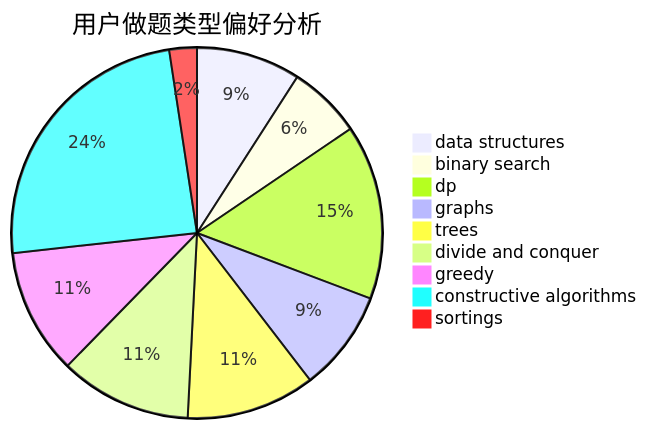
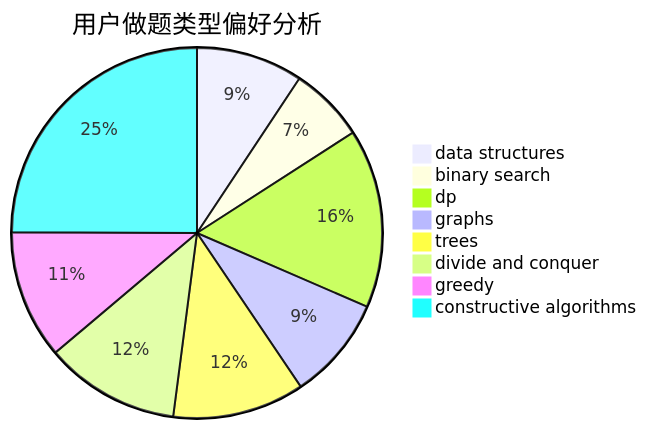
One commit to sherpahu/cfrs.github.io changed the second of 3 diagrams in docs/user/u1520.md. Above: the diagram before and after it, drawn with Mermaid. The commit also changed other lines of this file and 2769 other files, not shown here.

````diff
--- a/docs/user/u1520.md
+++ b/docs/user/u1520.md
@@ -18,12 +18,11 @@
 ```mermaid
 pie title 用户做题类型偏好分析
     "data structures" :  34
     "binary search" :  24
     "dp" :  57
     "graphs" :  33
     "trees" :  42
     "divide and conquer" :  43
     "greedy" :  41
     "constructive algorithms" :  91
-    "sortings" :  9
 ```
````
